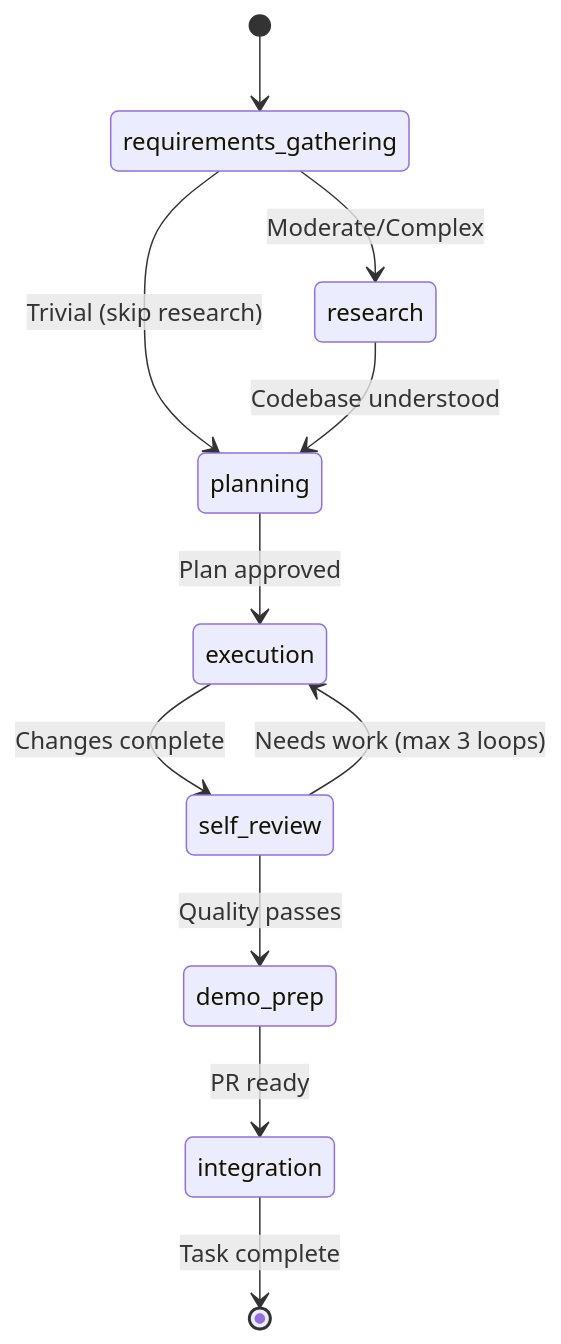
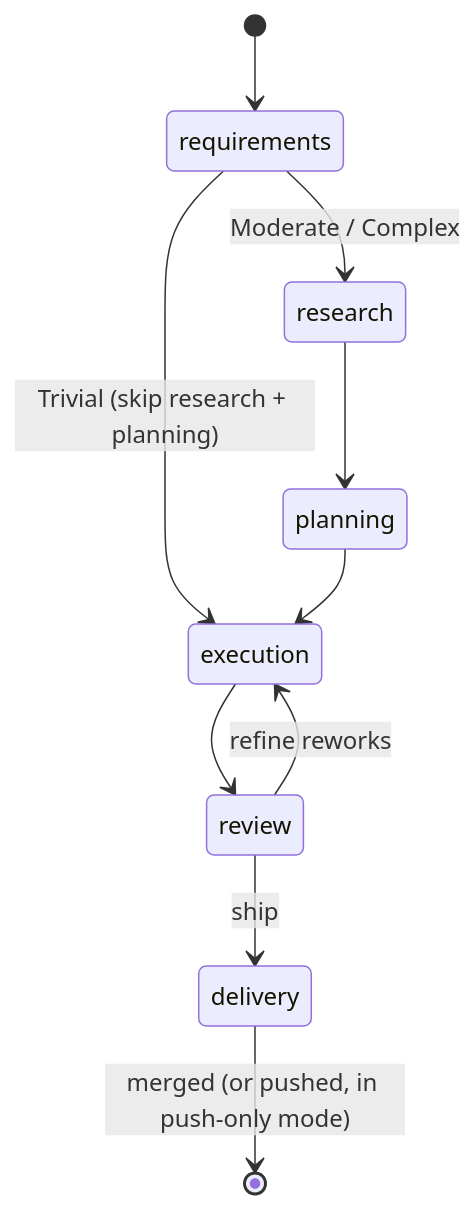
The third of 4 diagrams in docs/architecture/overview.md (FarzamMohammadi/the-engineer), drawn with Mermaid before and after one commit. The commit also changed other lines of this file and 29 other files, not shown here.

````diff
--- a/docs/architecture/overview.md
+++ b/docs/architecture/overview.md
@@ -103,13 +103,12 @@
 ```mermaid
 stateDiagram-v2
-    [*] --> requirements_gathering
-    requirements_gathering --> research : Moderate/Complex
-    requirements_gathering --> planning : Trivial (skip research)
-    research --> planning : Codebase understood
-    planning --> execution : Plan approved
-    execution --> self_review : Changes complete
-    self_review --> execution : Needs work (max 3 loops)
-    self_review --> demo_prep : Quality passes
-    demo_prep --> integration : PR ready
-    integration --> [*] : Task complete
+    [*] --> requirements
+    requirements --> research : Moderate / Complex
+    requirements --> execution : Trivial (skip research + planning)
+    research --> planning
+    planning --> execution
+    execution --> review
+    review --> execution : refine reworks
+    review --> delivery : ship
+    delivery --> [*] : merged (or pushed, in push-only mode)
 ```
````
